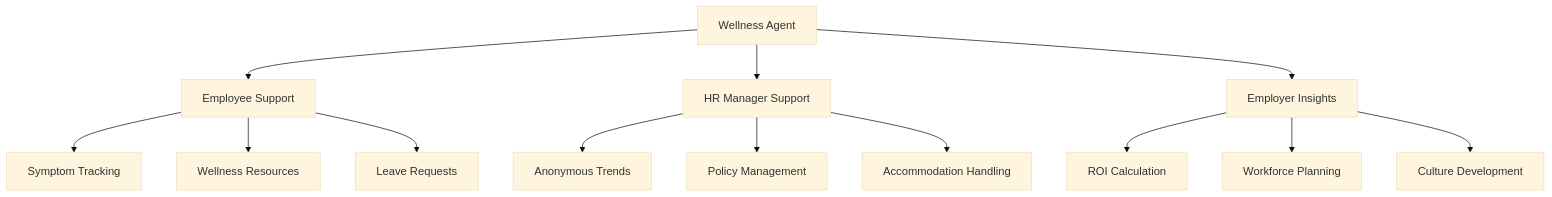
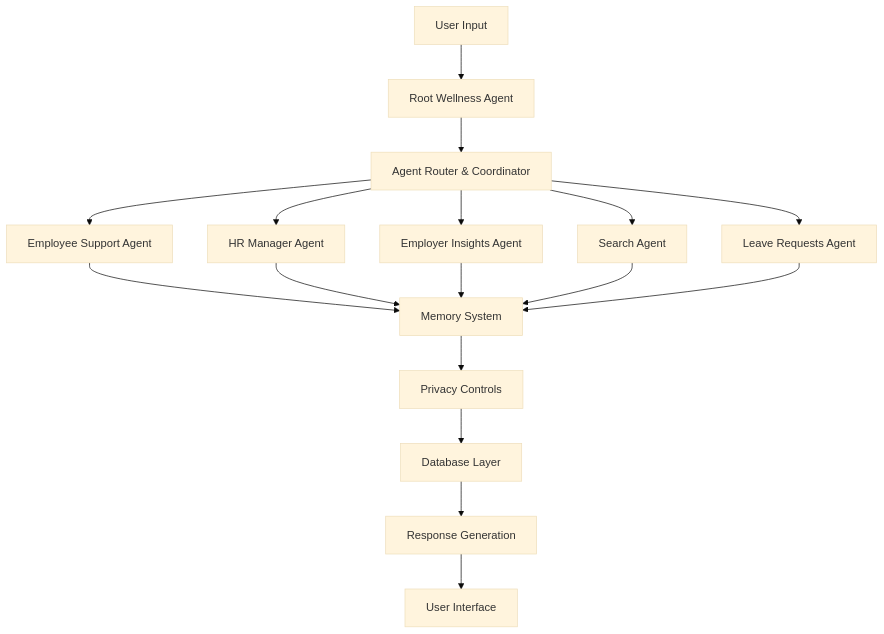
One commit to ChanMeng666/wellness-agent changed the first of 7 diagrams in README.md. Above: the diagram before and after it, drawn with Mermaid (base theme). The commit also changed other lines of this file, not shown here.

````diff
--- a/README.md
+++ b/README.md
@@ -5,15 +144,22 @@
 ```mermaid
 graph TD
-    A[Wellness Agent] --> B[Employee Support]
-    A --> C[HR Manager Support]
-    A --> D[Employer Insights]
-    B --> B1[Symptom Tracking]
-    B --> B2[Wellness Resources]
-    B --> B3[Leave Requests]
-    C --> C1[Anonymous Trends]
-    C --> C2[Policy Management]
-    C --> C3[Accommodation Handling]
-    D --> D1[ROI Calculation]
-    D --> D2[Workforce Planning]
-    D --> D3[Culture Development]
+    A[User Input] --> B[Root Wellness Agent]
+    B --> C[Agent Router & Coordinator]
+    
+    C --> D[Employee Support Agent]
+    C --> E[HR Manager Agent]
+    C --> F[Employer Insights Agent]
+    C --> G[Search Agent]
+    C --> H[Leave Requests Agent]
+    
+    D --> I[Memory System]
+    E --> I
+    F --> I
+    G --> I
+    H --> I
+    
+    I --> J[Privacy Controls]
+    J --> K[Database Layer]
+    K --> L[Response Generation]
+    L --> M[User Interface]
 ```
````
